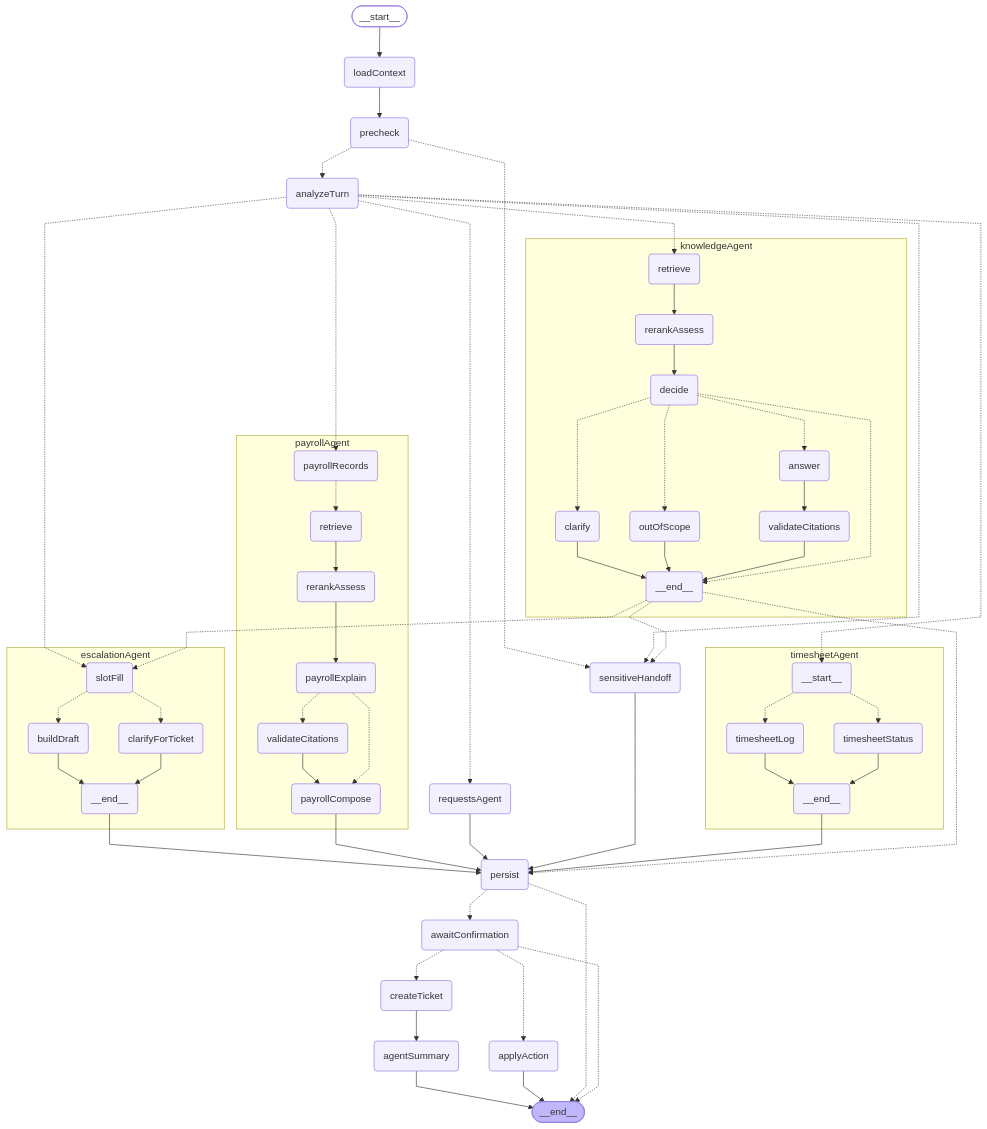
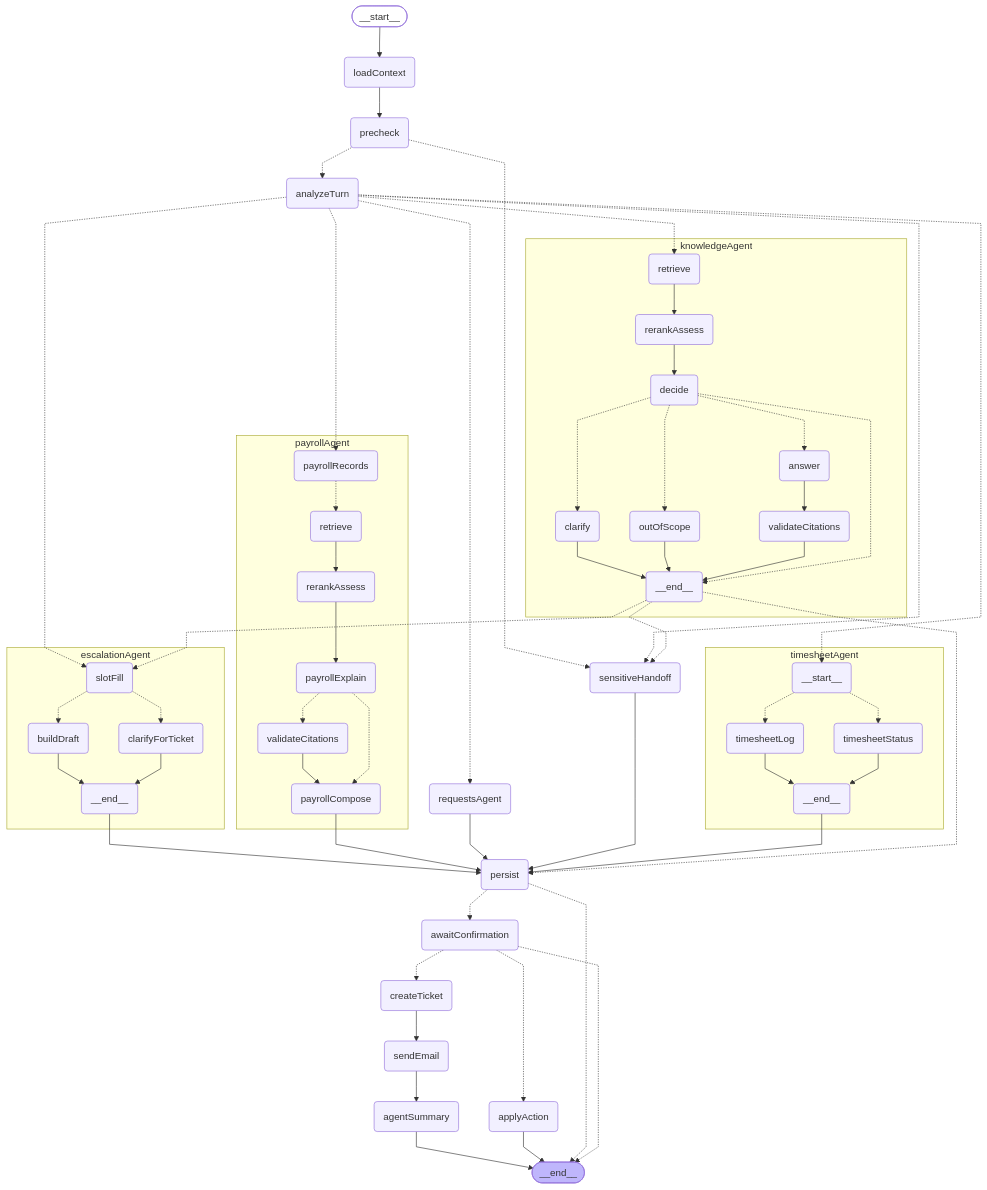
One commit to Dewanshu93/AI-Support-System changed the diagram in docs/ARCHITECTURE.md. Above: the diagram before and after it, drawn with Mermaid. The commit also changed other lines of this file and 68 other files, not shown here.

```diff
--- a/docs/ARCHITECTURE.md
+++ b/docs/ARCHITECTURE.md
@@ -378,17 +378,19 @@
 	persist(persist)
 	awaitConfirmation(awaitConfirmation)
 	createTicket(createTicket)
+	sendEmail(sendEmail)
 	applyAction(applyAction)
 	agentSummary(agentSummary)
 	__end__([<p>__end__</p>]):::last
 	__start__ --> loadContext;
 	agentSummary --> __end__;
 	applyAction --> __end__;
-	createTicket --> agentSummary;
+	createTicket --> sendEmail;
 	escalationAgent___end__ --> persist;
 	loadContext --> precheck;
 	payrollAgent_payrollCompose --> persist;
 	requestsAgent --> persist;
+	sendEmail --> agentSummary;
 	sensitiveHandoff --> persist;
 	timesheetAgent___end__ --> persist;
 	precheck -.-> sensitiveHandoff;
```
